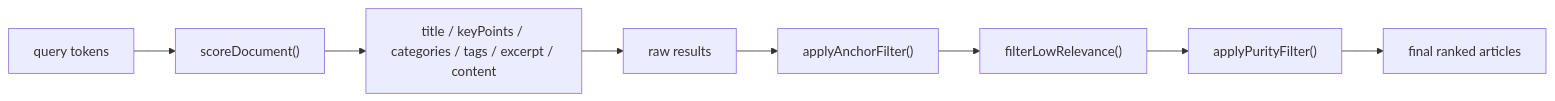
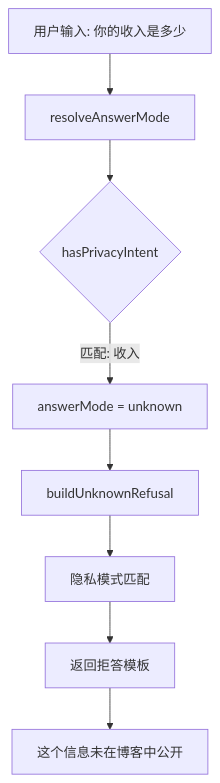
Before and after one commit to souloss/astro-minblog: the tenth of 12 diagrams in apps/blog/src/data/blog/zh/ai-module-architecture.md, drawn with Mermaid. The commit also changed other lines of this file and 40 other files, not shown here.

````diff
--- a/apps/blog/src/data/blog/zh/ai-module-architecture.md
+++ b/apps/blog/src/data/blog/zh/ai-module-architecture.md
@@ -599,10 +1612,10 @@
 ```mermaid
-flowchart LR
-    Q["query tokens"] --> A["scoreDocument()"]
-    A --> B["title / keyPoints / categories / tags / excerpt / content"]
-    B --> C["raw results"]
-    C --> D["applyAnchorFilter()"]
-    D --> E["filterLowRelevance()"]
-    E --> F["applyPurityFilter()"]
-    F --> G["final ranked articles"]
+flowchart TB
+    A["用户输入: 你的收入是多少"] --> B["resolveAnswerMode"]
+    B --> C{"hasPrivacyIntent"}
+    C -->|匹配: 收入| D["answerMode = unknown"]
+    D --> E["buildUnknownRefusal"]
+    E --> F["隐私模式匹配"]
+    F --> G["返回拒答模板"]
+    G --> H["这个信息未在博客中公开"]
 ```
````
